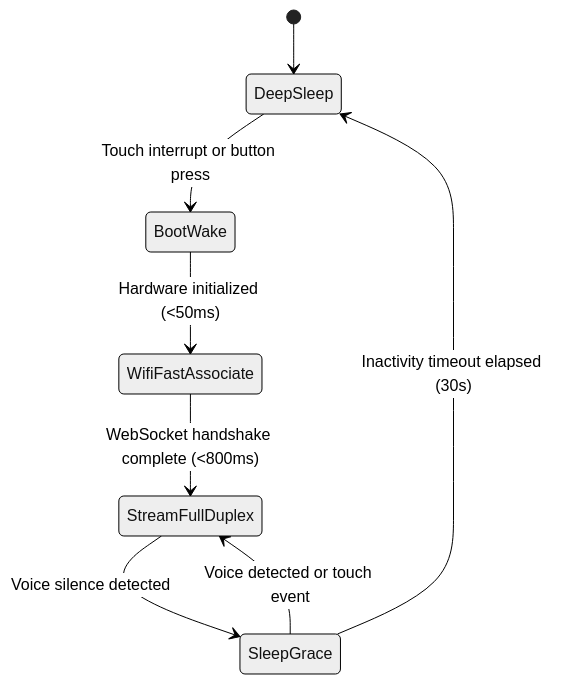
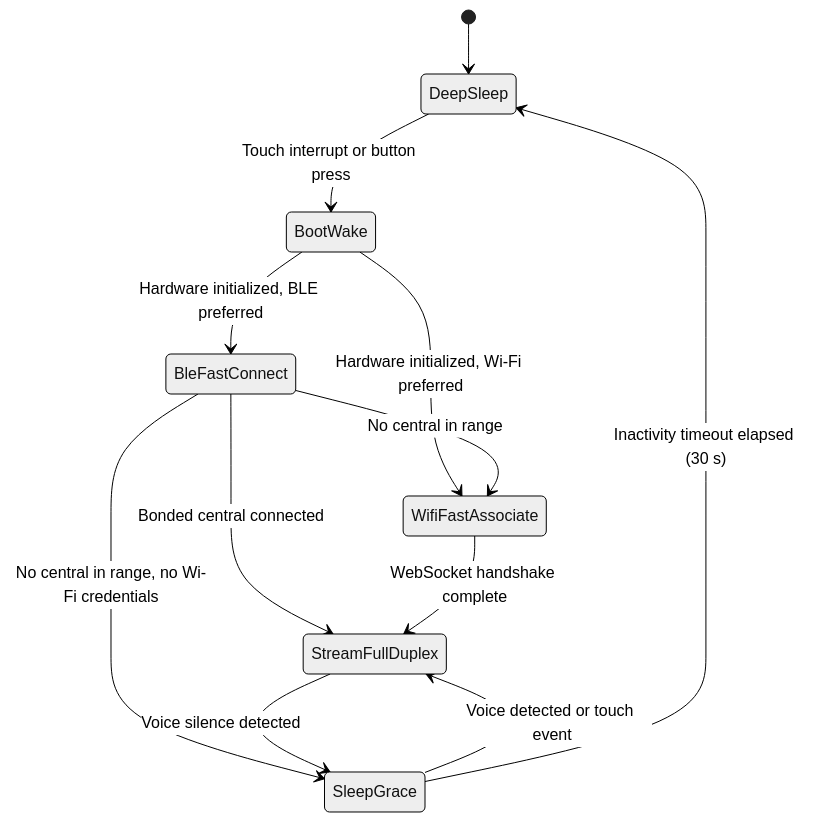
Before and after one commit to FacileStudio/Pastille: the diagram in docs/spec/BOHS-01-ARCH.md, drawn with Mermaid (neutral theme). The commit also changed other lines of this file and 3 other files, not shown here.

````diff
--- a/docs/spec/BOHS-01-ARCH.md
+++ b/docs/spec/BOHS-01-ARCH.md
@@ -77,10 +119,14 @@
 ```mermaid
 stateDiagram-v2
     [*] --> DeepSleep
     DeepSleep --> BootWake: Touch interrupt or button press
-    BootWake --> WifiFastAssociate: Hardware initialized (<50ms)
-    WifiFastAssociate --> StreamFullDuplex: WebSocket handshake complete (<800ms)
+    BootWake --> BleFastConnect: Hardware initialized, BLE preferred
+    BootWake --> WifiFastAssociate: Hardware initialized, Wi-Fi preferred
+    BleFastConnect --> StreamFullDuplex: Bonded central connected
+    BleFastConnect --> WifiFastAssociate: No central in range
+    BleFastConnect --> SleepGrace: No central in range, no Wi-Fi credentials
+    WifiFastAssociate --> StreamFullDuplex: WebSocket handshake complete
     StreamFullDuplex --> SleepGrace: Voice silence detected
     SleepGrace --> StreamFullDuplex: Voice detected or touch event
-    SleepGrace --> DeepSleep: Inactivity timeout elapsed (30s)
+    SleepGrace --> DeepSleep: Inactivity timeout elapsed (30 s)
 ```
````
